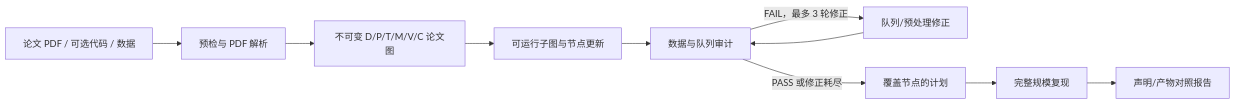
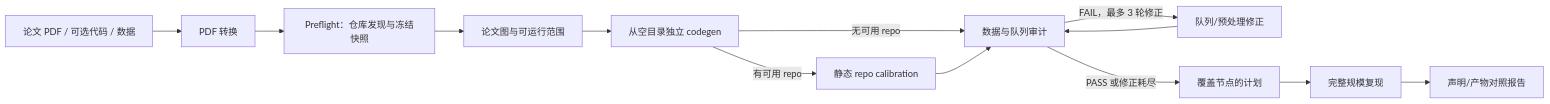
One commit to ruihanxx/medai changed the fifth of 6 diagrams in README.md. Above: the diagram before and after it, drawn with Mermaid. The commit also changed other lines of this file and 6 other files, not shown here.

```diff
--- a/README.md
+++ b/README.md
@@ -641,12 +648,15 @@
 ~~~mermaid
 flowchart LR
-    I[论文 PDF / 可选代码 / 数据] --> A[预检与 PDF 解析]
-    A --> B[不可变 D/P/T/M/V/C 论文图]
-    B --> C[可运行子图与节点更新]
-    C --> D[数据与队列审计]
-    D -->|FAIL，最多 3 轮修正| E[队列/预处理修正]
-    E --> D
-    D -->|PASS 或修正耗尽| F[覆盖节点的计划]
+    I[论文 PDF / 可选代码 / 数据] --> A[PDF 转换]
+    A --> B[Preflight：仓库发现与冻结快照]
+    B --> C[论文图与可运行范围]
+    C --> D[从空目录独立 codegen]
+    D -->|有可用 repo| K[静态 repo calibration]
+    D -->|无可用 repo| L[数据与队列审计]
+    K --> L
+    L -->|FAIL，最多 3 轮修正| E[队列/预处理修正]
+    E --> L
+    L -->|PASS 或修正耗尽| F[覆盖节点的计划]
     F --> G[完整规模复现]
     G --> H[声明/产物对照报告]
 ~~~
```
